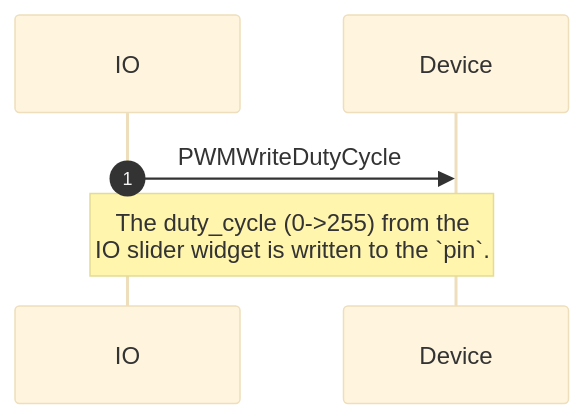
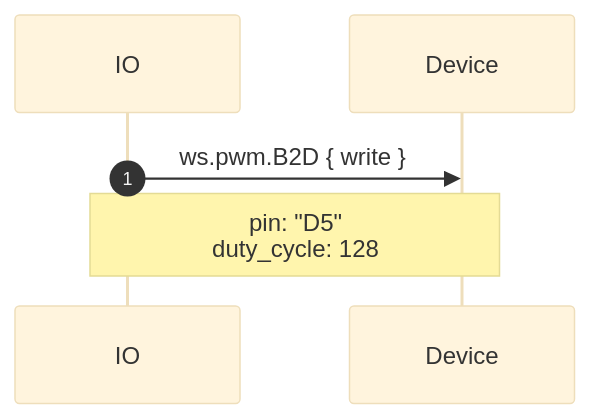
Before and after one commit to adafruit/Wippersnapper_Protobuf: the second of 10 diagrams in proto/wippersnapper/docs/pwm.md, drawn with Mermaid (base theme). The commit also changed other lines of this file and 10 other files, not shown here.

````diff
--- a/proto/wippersnapper/docs/pwm.md
+++ b/proto/wippersnapper/docs/pwm.md
@@ -34,6 +68,6 @@
 ```mermaid
 sequenceDiagram
 autonumber
-IO->>Device: PWMWriteDutyCycle
-Note over IO, Device: The duty_cycle (0->255) from the <br>IO slider widget is written to the `pin`.
+IO->>Device: ws.pwm.B2D { write }
+Note over IO, Device: pin: "D5"<br/>duty_cycle: 128
 ```
````
